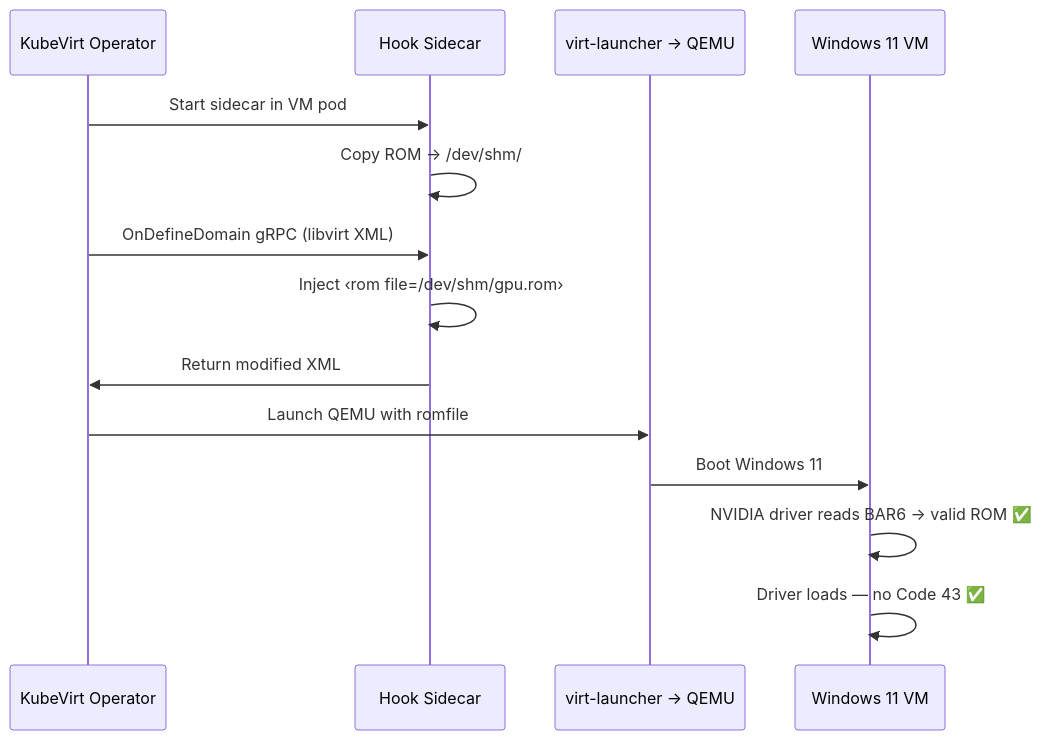
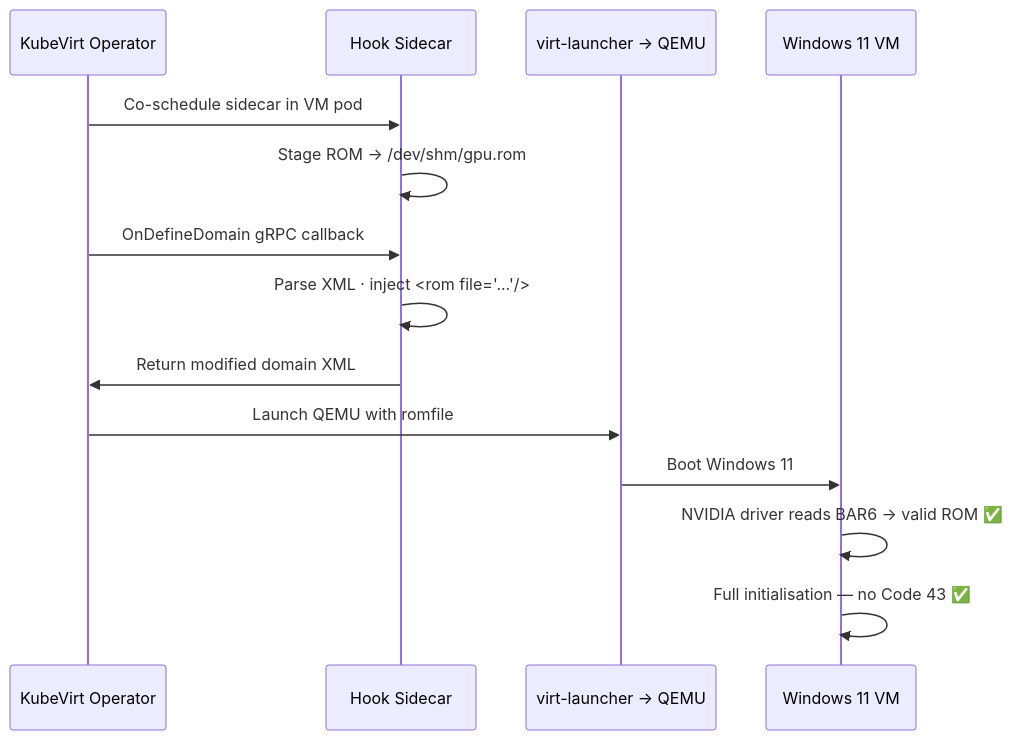
One commit to mazsola2k/platform-engineering changed the third of 6 diagrams in windows-client/kubevirt-gpu-wiki.md. Above: the diagram before and after it, drawn with Mermaid. The commit also changed other lines of this file, not shown here.

````diff
--- a/windows-client/kubevirt-gpu-wiki.md
+++ b/windows-client/kubevirt-gpu-wiki.md
@@ -129,17 +176,17 @@
 ```mermaid
 sequenceDiagram
     participant KV as KubeVirt Operator
     participant SC as Hook Sidecar
     participant QL as virt-launcher → QEMU
     participant VM as Windows 11 VM
 
-    KV->>SC: Start sidecar in VM pod
-    SC->>SC: Copy ROM → /dev/shm/
-    KV->>SC: OnDefineDomain gRPC (libvirt XML)
-    SC->>SC: Inject ‹rom file=/dev/shm/gpu.rom›
-    SC->>KV: Return modified XML
+    KV->>SC: Co-schedule sidecar in VM pod
+    SC->>SC: Stage ROM → /dev/shm/gpu.rom
+    KV->>SC: OnDefineDomain gRPC callback
+    SC->>SC: Parse XML · inject <rom file="..."/>
+    SC->>KV: Return modified domain XML
     KV->>QL: Launch QEMU with romfile
     QL->>VM: Boot Windows 11
     VM->>VM: NVIDIA driver reads BAR6 → valid ROM ✅
-    VM->>VM: Driver loads — no Code 43 ✅
+    VM->>VM: Full initialisation — no Code 43 ✅
 ```
````
